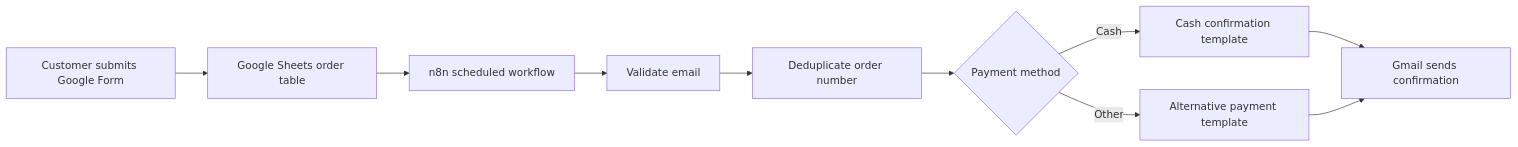
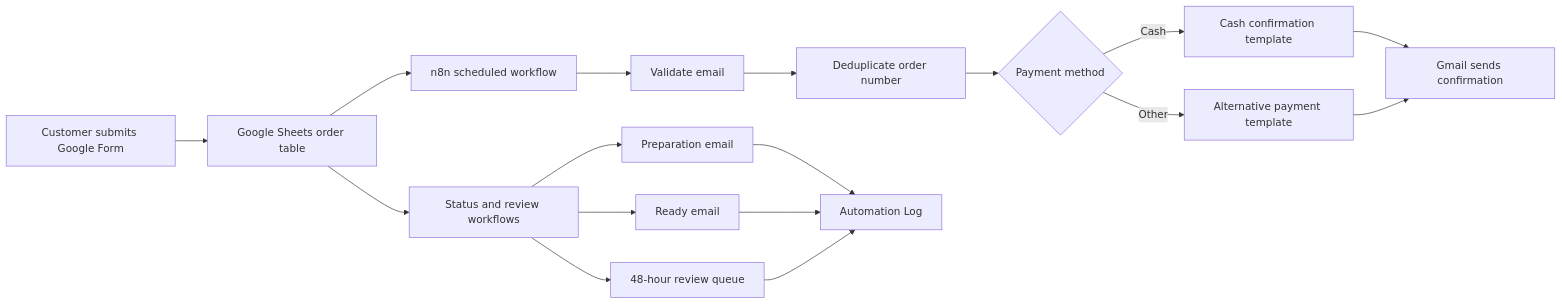
Before and after one commit to sharonmarenco78-boop/el-pan-de-lisa-n8n-automation: the diagram in README.md, drawn with Mermaid. The commit also changed other lines of this file and 12 other files, not shown here.

First line of the commit message:
Add status and review automations (#1)

````diff
--- a/README.md
+++ b/README.md
@@ -16,12 +21,19 @@
 ```mermaid
 flowchart LR
     A["Customer submits Google Form"] --> B["Google Sheets order table"]
     B --> C["n8n scheduled workflow"]
     C --> D["Validate email"]
     D --> E["Deduplicate order number"]
     E --> F{"Payment method"}
     F -->|Cash| G["Cash confirmation template"]
     F -->|Other| H["Alternative payment template"]
     G --> I["Gmail sends confirmation"]
     H --> I
+    B --> J["Status and review workflows"]
+    J --> K["Preparation email"]
+    J --> L["Ready email"]
+    J --> M["48-hour review queue"]
+    K --> N["Automation Log"]
+    L --> N
+    M --> N
 ```
````
